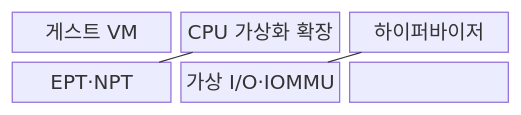
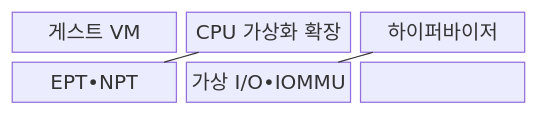
One commit to agnusdei1207/knowledge-base changed the first of 2 diagrams in src/content/docs/notes/02-hardware/085_hardware_virtualization.md. Above: the diagram before and after it, drawn with Mermaid. The commit also changed other lines of this file and 953 other files, not shown here.

````diff
--- a/src/content/docs/notes/02-hardware/085_hardware_virtualization.md
+++ b/src/content/docs/notes/02-hardware/085_hardware_virtualization.md
@@ -65,12 +65,12 @@
 ```mermaid
 block
   columns 3
   G["게스트 VM"]
   C["CPU 가상화 확장"]
   H["하이퍼바이저"]
-  M["EPT·NPT"]
-  I["가상 I/O·IOMMU"]
+  M["EPT•NPT"]
+  I["가상 I/O•IOMMU"]
   G --- C --- H
   C --- M
   H --- I
 ```
````
